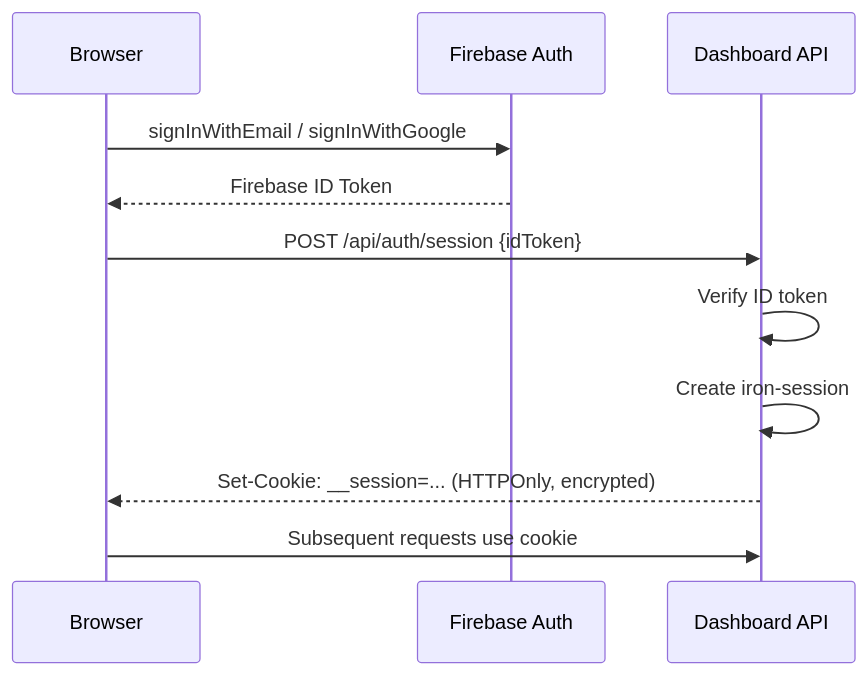
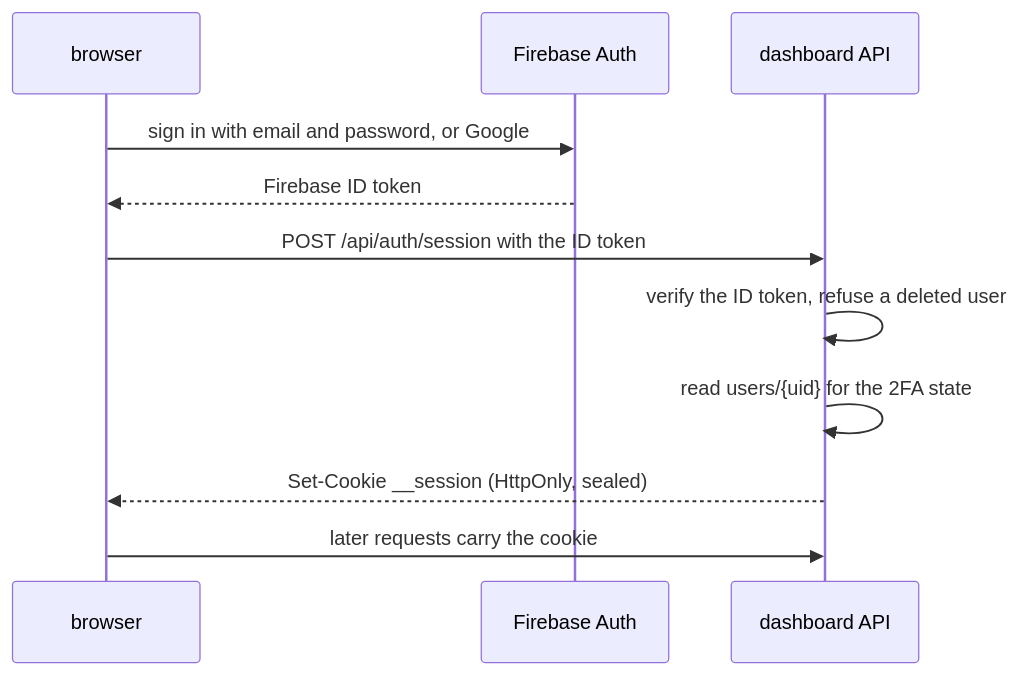
One commit to tridant-io/owlette changed the first of 2 diagrams in web/content/docs/reference/authentication.mdx. Above: the diagram before and after it, drawn with Mermaid. The commit also changed other lines of this file and 98 other files, not shown here.

````diff
--- a/web/content/docs/reference/authentication.mdx
+++ b/web/content/docs/reference/authentication.mdx
@@ -14,13 +15,13 @@
 ```mermaid
 sequenceDiagram
-    participant B as Browser
+    participant B as browser
     participant F as Firebase Auth
-    participant D as Dashboard API
-    B->>F: signInWithEmail / signInWithGoogle
-    F-->>B: Firebase ID Token
-    B->>D: POST /api/auth/session {idToken}
-    D->>D: Verify ID token
-    D->>D: Create iron-session
-    D-->>B: Set-Cookie: __session=... (HTTPOnly, encrypted)
-    B->>D: Subsequent requests use cookie
+    participant D as dashboard API
+    B->>F: sign in with email and password, or Google
+    F-->>B: Firebase ID token
+    B->>D: POST /api/auth/session with the ID token
+    D->>D: verify the ID token, refuse a deleted user
+    D->>D: read users/{uid} for the 2FA state
+    D-->>B: Set-Cookie __session (HttpOnly, sealed)
+    B->>D: later requests carry the cookie
 ```
````
